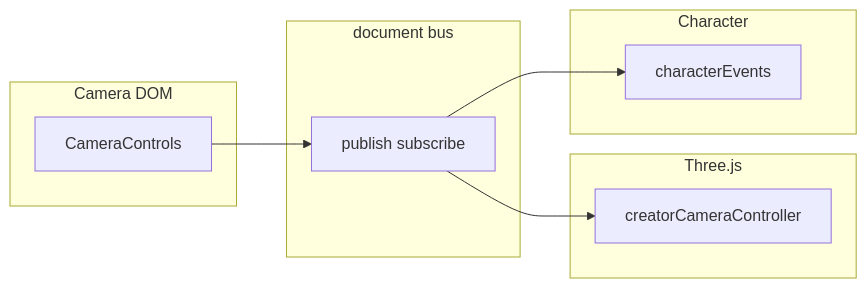
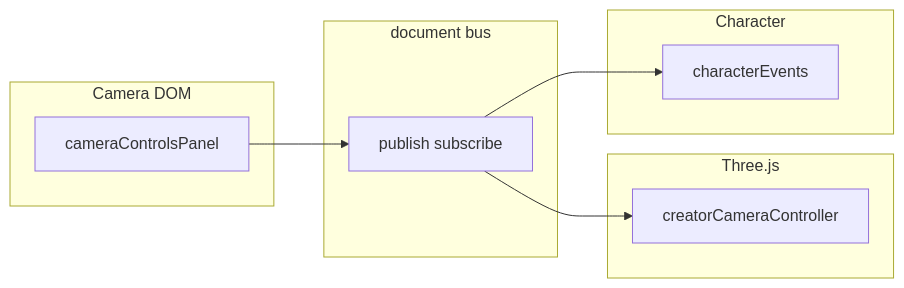
The diagram in docs/concepts/EVENT-SYSTEM.md (lynnvfrank/minecraft-character-editor), drawn with Mermaid before and after one commit. The commit also changed other lines of this file and 3 other files, not shown here.

````diff
--- a/docs/concepts/EVENT-SYSTEM.md
+++ b/docs/concepts/EVENT-SYSTEM.md
@@ -39,18 +40,18 @@
 ```mermaid
 flowchart LR
   subgraph cam [Camera DOM]
-    CC[CameraControls]
+    CC[cameraControlsPanel]
   end
   subgraph bus [document bus]
     AE[publish subscribe]
   end
   subgraph three [Three.js]
     CCC[creatorCameraController]
   end
   subgraph char [Character]
     CE[characterEvents]
   end
   CC --> AE
   AE --> CCC
   AE --> CE
 ```
````
